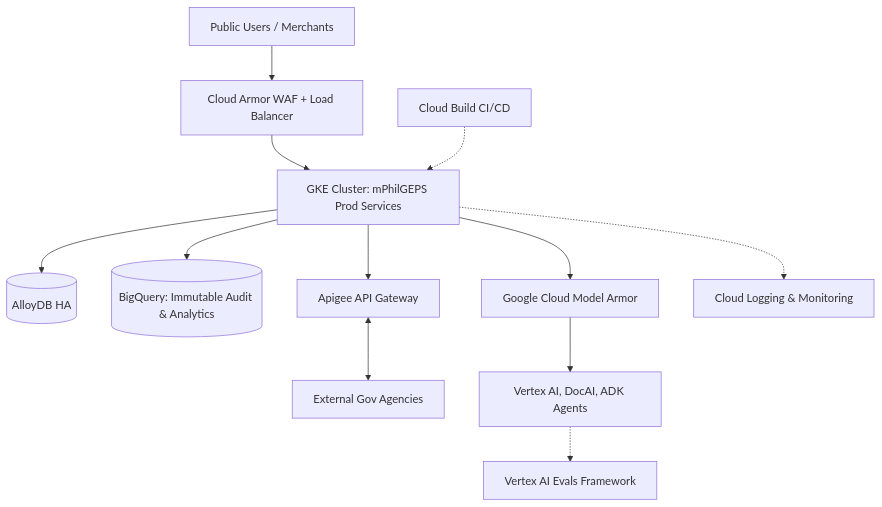
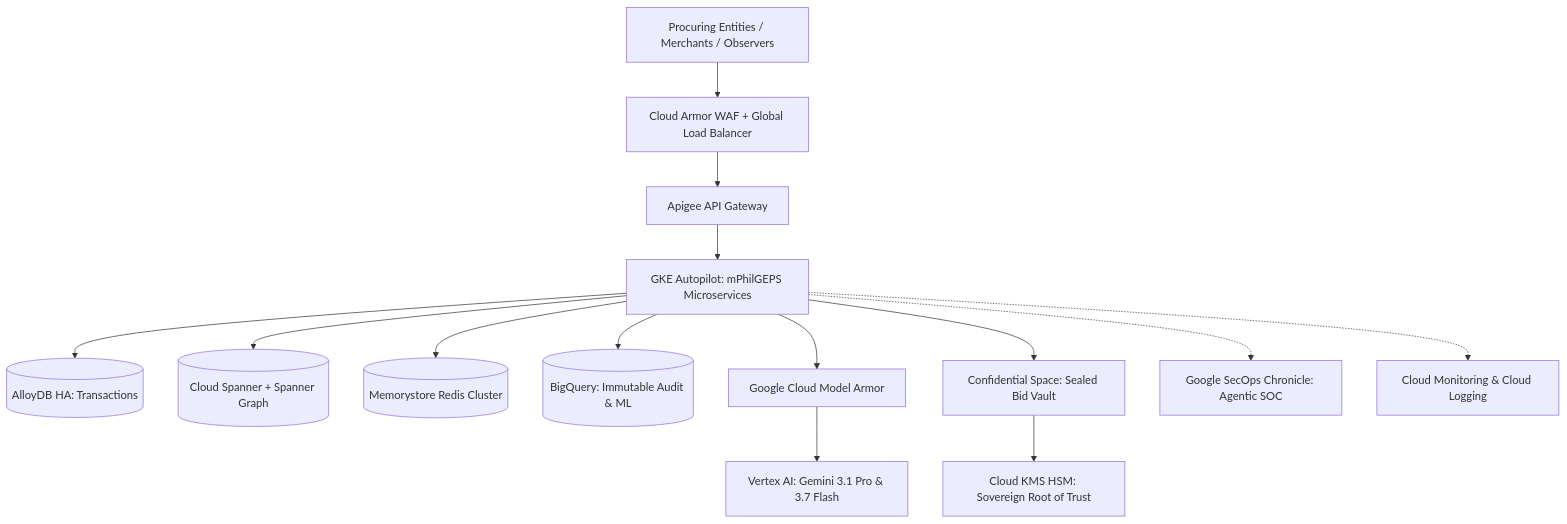
The first of 6 diagrams in mPhilGEPS_GoogleCloud_TDD.md (markea/psdbm-philgeps-2026), drawn with Mermaid before and after one commit. The commit also changed other lines of this file and 4 other files, not shown here.

First line of the commit message:
Align BRD, TDD, and Implementation Plan with PS-DBM Gemini Requirements Architecture v1.0

````diff
--- a/mPhilGEPS_GoogleCloud_TDD.md
+++ b/mPhilGEPS_GoogleCloud_TDD.md
@@ -91,14 +69,21 @@
 ```mermaid
 graph TD
-    Public[Public Users / Merchants] --> Armor[Cloud Armor WAF + Load Balancer]
-    Armor --> GKE[GKE Cluster: mPhilGEPS Prod Services]
-    GKE --> AlloyDB[(AlloyDB HA)]
-    GKE --> BQ[(BigQuery: Immutable Audit & Analytics)]
-    GKE --> Apigee[Apigee API Gateway]
-    Apigee <--> Ext[External Gov Agencies]
+    Public[Procuring Entities / Merchants / Observers] --> Armor[Cloud Armor WAF + Global Load Balancer]
+    Armor --> Gateway[Apigee API Gateway]
+    
+    Gateway --> GKE[GKE Autopilot: mPhilGEPS Microservices]
+    
+    GKE --> AlloyDB[(AlloyDB HA: Transactions)]
+    GKE --> Spanner[(Cloud Spanner + Spanner Graph)]
+    GKE --> Cache[(Memorystore Redis Cluster)]
+    GKE --> BQ[(BigQuery: Immutable Audit & ML)]
+    
     GKE --> ModelArmor[Google Cloud Model Armor]
-    ModelArmor --> AI[Vertex AI, DocAI, ADK Agents]
-    AI -.-> Evals[Vertex AI Evals Framework]
-    GKE -.-> Obs[Cloud Logging & Monitoring]
-    CI[Cloud Build CI/CD] -.-> GKE
+    ModelArmor --> GenAI[Vertex AI: Gemini 3.1 Pro & 3.7 Flash]
+    
+    GKE --> Vault[Confidential Space: Sealed Bid Vault]
+    Vault --> KMS[Cloud KMS HSM: Sovereign Root of Trust]
+    
+    GKE -.-> SecOps[Google SecOps Chronicle: Agentic SOC]
+    GKE -.-> Obs[Cloud Monitoring & Cloud Logging]
 ```
````
